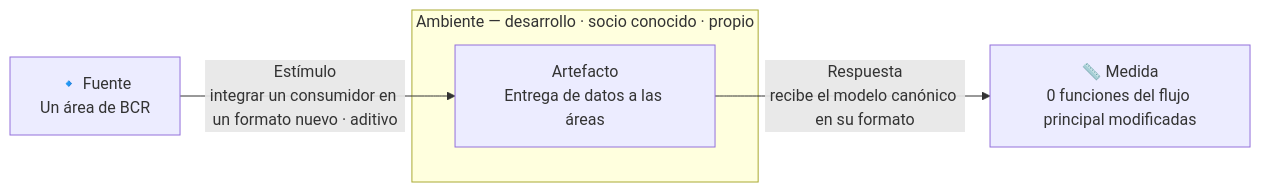
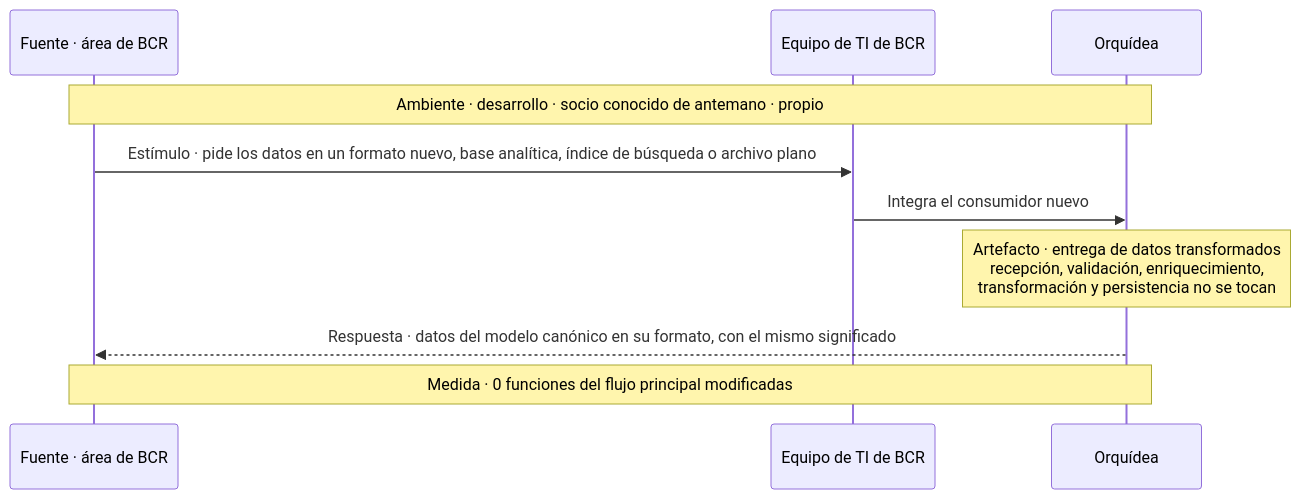
Before and after one commit to MATI-MBIT/arqsoft-reto-4: diagram 17 of 17 in docs/quality-attributes.md, drawn with Mermaid. The commit also changed other lines of this file, not shown here.

Commit message:
Cambia los diagramas de los ASR por diagramas de secuencia con t0, t1 y la medida

````diff
--- a/docs/quality-attributes.md
+++ b/docs/quality-attributes.md
@@ -540,9 +629,12 @@
 ```mermaid
-flowchart LR
-    F["🔹 Fuente<br/>Un área de BCR"]
-    F -- "Estímulo<br/>integrar un consumidor en un formato nuevo · aditivo" --> A
-    subgraph AMB["Ambiente — desarrollo · socio conocido · propio"]
-        A["Artefacto<br/>Entrega de datos a las áreas"]
-    end
-    A -- "Respuesta<br/>recibe el modelo canónico en su formato" --> M["📏 Medida<br/>0 funciones del flujo principal modificadas"]
+sequenceDiagram
+    participant A as Fuente · área de BCR
+    participant T as Equipo de TI de BCR
+    participant O as Orquídea
+    Note over A,O: Ambiente · desarrollo · socio conocido de antemano · propio
+    A->>T: Estímulo · pide los datos en un formato nuevo, base analítica, índice de búsqueda o archivo plano
+    T->>O: Integra el consumidor nuevo
+    Note over O: Artefacto · entrega de datos transformados<br/>recepción, validación, enriquecimiento,<br/>transformación y persistencia no se tocan
+    O-->>A: Respuesta · datos del modelo canónico en su formato, con el mismo significado
+    Note over A,O: Medida · 0 funciones del flujo principal modificadas
 ```
````
